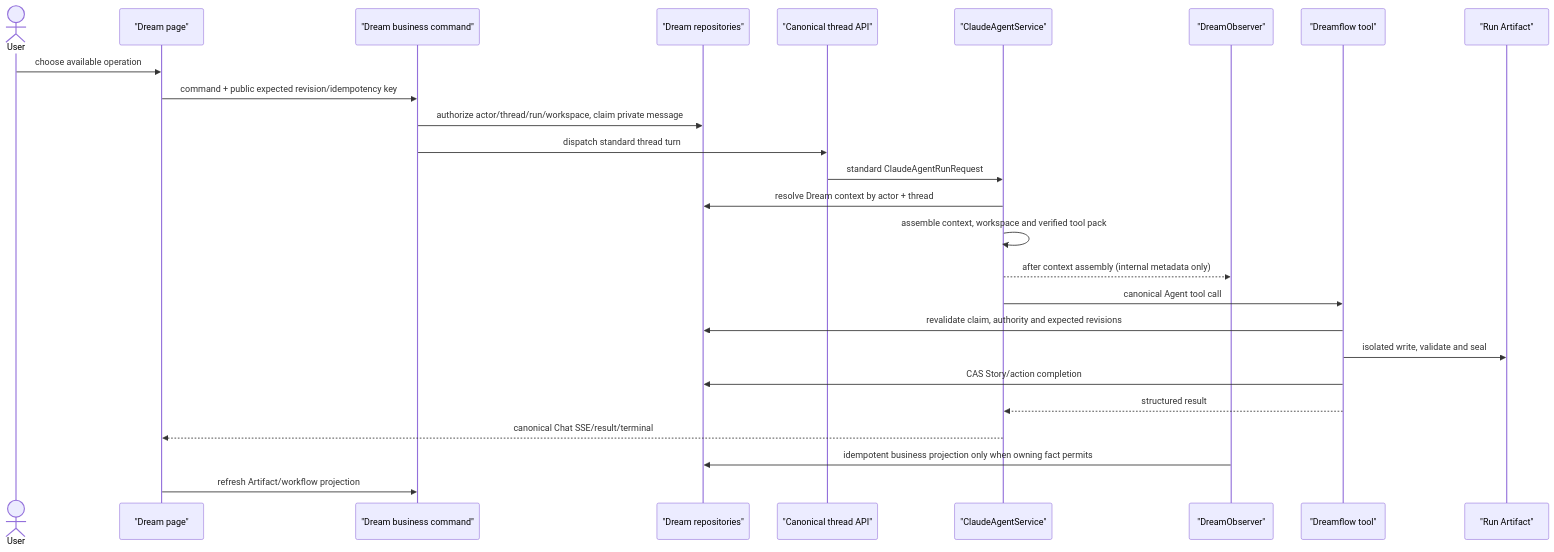
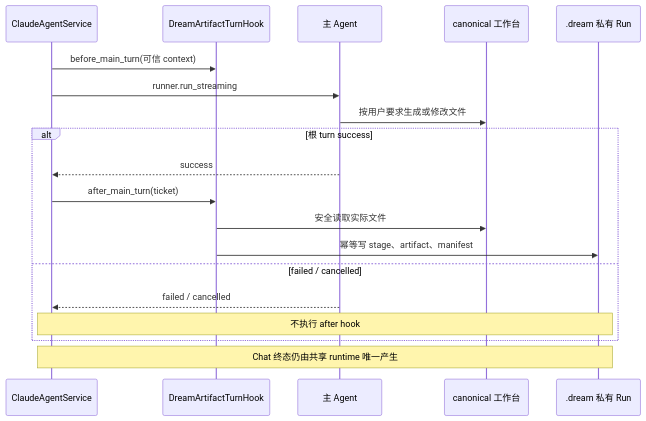
One commit to glide-the/im-dream changed the diagram in docs/design/dream-agent/dreamflow-tool-boundaries.md. Above: the diagram before and after it, drawn with Mermaid. The commit also changed other lines of this file and 26 other files, not shown here.

Commit message:
feat(dream): sync agent workbench artifacts

````diff
--- a/docs/design/dream-agent/dreamflow-tool-boundaries.md
+++ b/docs/design/dream-agent/dreamflow-tool-boundaries.md
@@ -61,29 +29,22 @@
 ```mermaid
 sequenceDiagram
-    actor User
-    participant Page as "Dream page"
-    participant Business as "Dream business command"
-    participant DB as "Dream repositories"
-    participant Chat as "Canonical thread API"
-    participant Service as "ClaudeAgentService"
-    participant Observer as "DreamObserver"
-    participant Tool as "Dreamflow tool"
-    participant Artifact as "Run Artifact"
+    participant Service as ClaudeAgentService
+    participant Hook as DreamArtifactTurnHook
+    participant Agent as 主 Agent
+    participant Files as canonical 工作台
+    participant Private as .dream 私有 Run
 
-    User->>Page: choose available operation
-    Page->>Business: command + public expected revision/idempotency key
-    Business->>DB: authorize actor/thread/run/workspace, claim private message
-    Business->>Chat: dispatch standard thread turn
-    Chat->>Service: standard ClaudeAgentRunRequest
-    Service->>DB: resolve Dream context by actor + thread
-    Service->>Service: assemble context, workspace and verified tool pack
-    Service-->>Observer: after context assembly (internal metadata only)
-    Service->>Tool: canonical Agent tool call
-    Tool->>DB: revalidate claim, authority and expected revisions
-    Tool->>Artifact: isolated write, validate and seal
-    Tool->>DB: CAS Story/action completion
-    Tool-->>Service: structured result
-    Service-->>Page: canonical Chat SSE/result/terminal
-    Observer->>DB: idempotent business projection only when owning fact permits
-    Page->>Business: refresh Artifact/workflow projection
+    Service->>Hook: before_main_turn(可信 context)
+    Service->>Agent: runner.run_streaming
+    Agent->>Files: 按用户要求生成或修改文件
+    alt 根 turn success
+        Agent-->>Service: success
+        Service->>Hook: after_main_turn(ticket)
+        Hook->>Files: 安全读取实际文件
+        Hook->>Private: 幂等写 stage、artifact、manifest
+    else failed / cancelled
+        Agent-->>Service: failed / cancelled
+        Note over Service,Private: 不执行 after hook
+    end
+    Note over Service,Private: Chat 终态仍由共享 runtime 唯一产生
 ```
````
